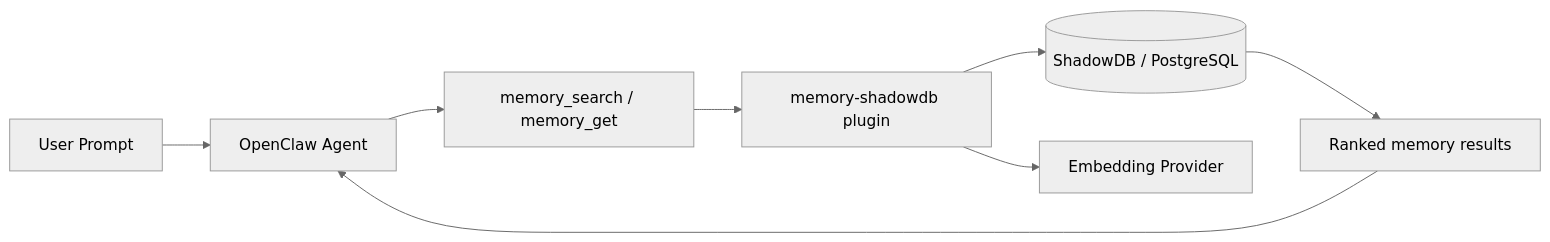
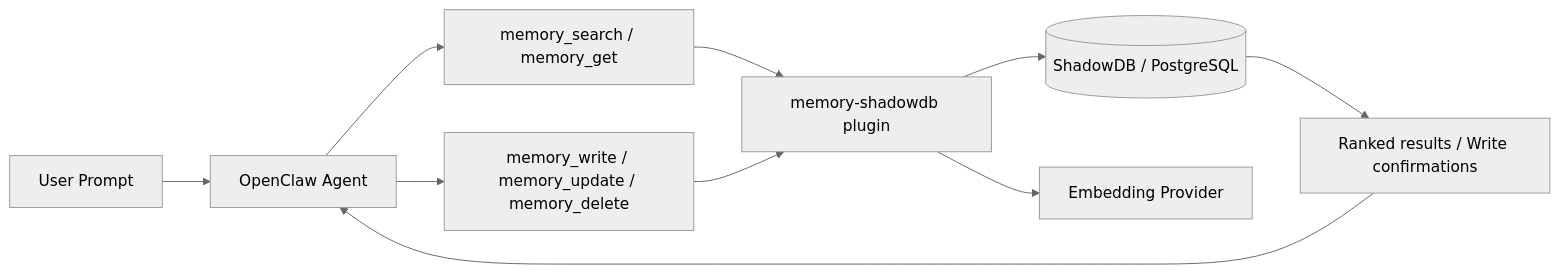
One commit to jamesdwilson/Sh4d0wDB changed the first of 3 diagrams in README.md. Above: the diagram before and after it, drawn with Mermaid (neutral theme). The commit also changed other lines of this file and 5 other files, not shown here.

First line of the commit message:
feat: memory_write, memory_update, memory_delete tools with config-gated access

````diff
--- a/README.md
+++ b/README.md
@@ -84,10 +88,12 @@
 ```mermaid
 flowchart LR
     U[User Prompt] --> A[OpenClaw Agent]
-    A --> T[memory_search / memory_get]
-    T --> P[memory-shadowdb plugin]
+    A --> TR[memory_search / memory_get]
+    A --> TW[memory_write / memory_update / memory_delete]
+    TR --> P[memory-shadowdb plugin]
+    TW --> P
     P --> D[(ShadowDB / PostgreSQL)]
     P --> E[Embedding Provider]
-    D --> R[Ranked memory results]
+    D --> R[Ranked results / Write confirmations]
     R --> A
 ```
````
